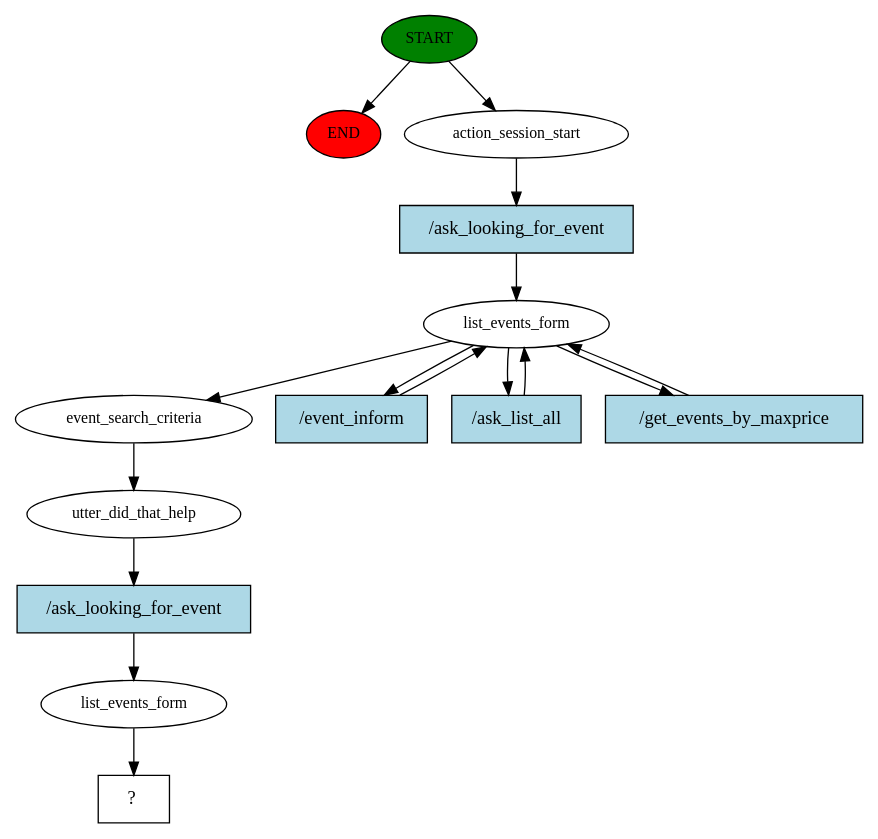
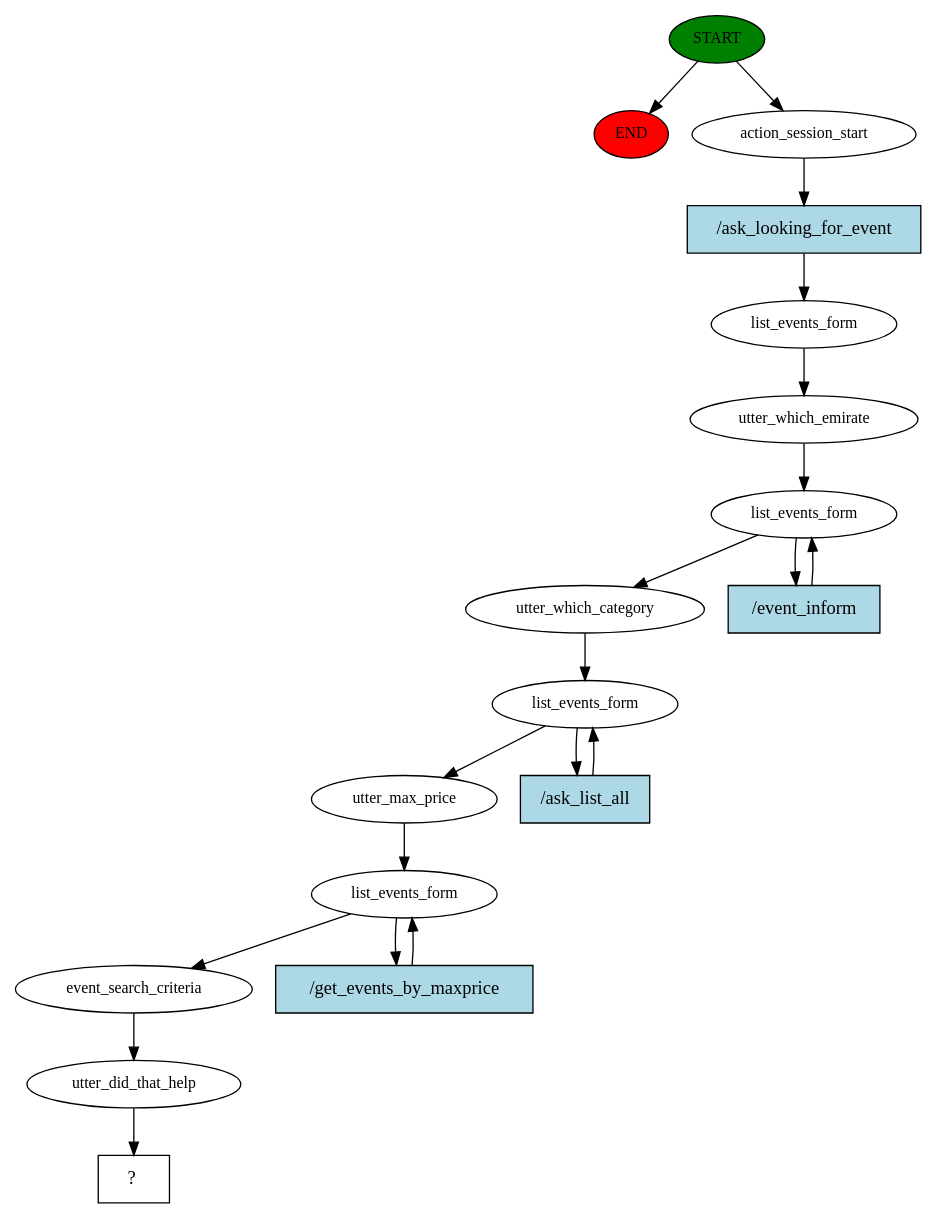
Before and after one commit to EhteshamBahoo/Tic8M8_Bot: the diagram in story_graph.dot, drawn with Graphviz. The commit also changed 4 other files, not shown here.

```diff
--- a/story_graph.dot
+++ b/story_graph.dot
@@ -1,30 +1,38 @@
 digraph  {
 0 [class="start active", fillcolor=green, fontsize=12, label=START, style=filled];
 "-1" [class=end, fillcolor=red, fontsize=12, label=END, style=filled];
 1 [class=active, fontsize=12, label=action_session_start];
 2 [class=active, fontsize=12, label=list_events_form];
-6 [class=active, fontsize=12, label=event_search_criteria];
-7 [class=active, fontsize=12, label=utter_did_that_help];
-8 [class=active, fontsize=12, label=list_events_form];
-9 [class="intent dashed active", label="  ?  ", shape=rect];
-10 [class="intent active", fillcolor=lightblue, label="/ask_looking_for_event", shape=rect, style=filled];
-11 [class="intent active", fillcolor=lightblue, label="/event_inform", shape=rect, style=filled];
-12 [class="intent active", fillcolor=lightblue, label="/ask_list_all", shape=rect, style=filled];
-13 [class="intent active", fillcolor=lightblue, label="/get_events_by_maxprice", shape=rect, style=filled];
-14 [class="intent active", fillcolor=lightblue, label="/ask_looking_for_event", shape=rect, style=filled];
+3 [class=active, fontsize=12, label=utter_which_emirate];
+4 [class=active, fontsize=12, label=list_events_form];
+6 [class=active, fontsize=12, label=utter_which_category];
+7 [class=active, fontsize=12, label=list_events_form];
+9 [class=active, fontsize=12, label=utter_max_price];
+10 [class=active, fontsize=12, label=list_events_form];
+12 [class=active, fontsize=12, label=event_search_criteria];
+13 [class=active, fontsize=12, label=utter_did_that_help];
+14 [class="intent dashed active", label="  ?  ", shape=rect];
+15 [class="intent active", fillcolor=lightblue, label="/ask_looking_for_event", shape=rect, style=filled];
+16 [class="intent active", fillcolor=lightblue, label="/event_inform", shape=rect, style=filled];
+17 [class="intent active", fillcolor=lightblue, label="/ask_list_all", shape=rect, style=filled];
+18 [class="intent active", fillcolor=lightblue, label="/get_events_by_maxprice", shape=rect, style=filled];
 0 -> "-1"  [class="", key=NONE, label=""];
 0 -> 1  [class=active, key=NONE, label=""];
-1 -> 10  [class=active, key=0];
-2 -> 6  [class=active, key=NONE, label=""];
-2 -> 11  [class=active, key=0];
-2 -> 12  [class=active, key=0];
-2 -> 13  [class=active, key=0];
+1 -> 15  [class=active, key=0];
+2 -> 3  [class=active, key=NONE, label=""];
+3 -> 4  [class=active, key=NONE, label=""];
+4 -> 6  [class=active, key=NONE, label=""];
+4 -> 16  [class=active, key=0];
 6 -> 7  [class=active, key=NONE, label=""];
-7 -> 14  [class=active, key=0];
-8 -> 9  [class=active, key=NONE, label=""];
-10 -> 2  [class=active, key=0];
-11 -> 2  [class=active, key=0];
-12 -> 2  [class=active, key=0];
-13 -> 2  [class=active, key=0];
-14 -> 8  [class=active, key=0];
+7 -> 9  [class=active, key=NONE, label=""];
+7 -> 17  [class=active, key=0];
+9 -> 10  [class=active, key=NONE, label=""];
+10 -> 12  [class=active, key=NONE, label=""];
+10 -> 18  [class=active, key=0];
+12 -> 13  [class=active, key=NONE, label=""];
+13 -> 14  [class=active, key=NONE, label=""];
+15 -> 2  [class=active, key=0];
+16 -> 4  [class=active, key=0];
+17 -> 7  [class=active, key=0];
+18 -> 10  [class=active, key=0];
 }
```
